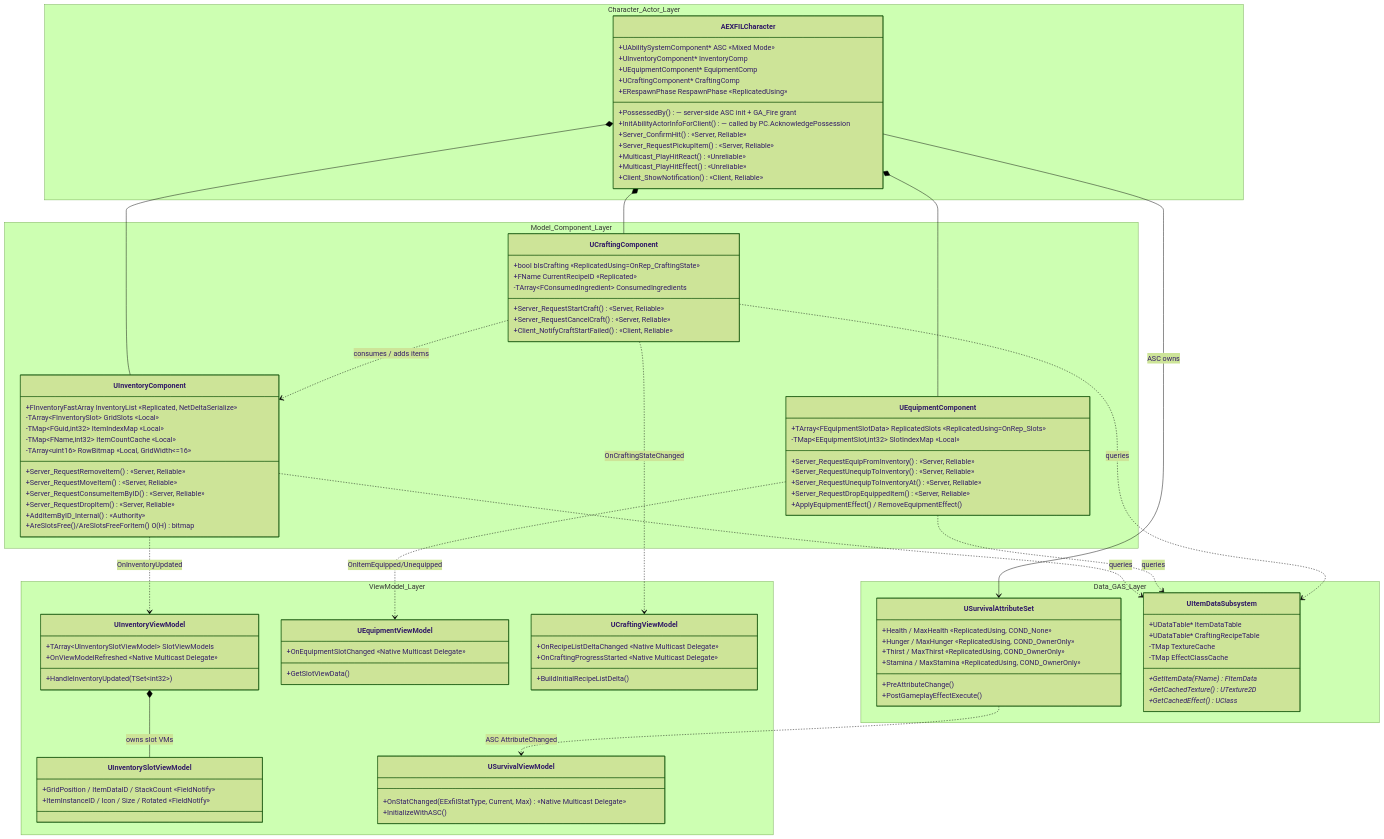
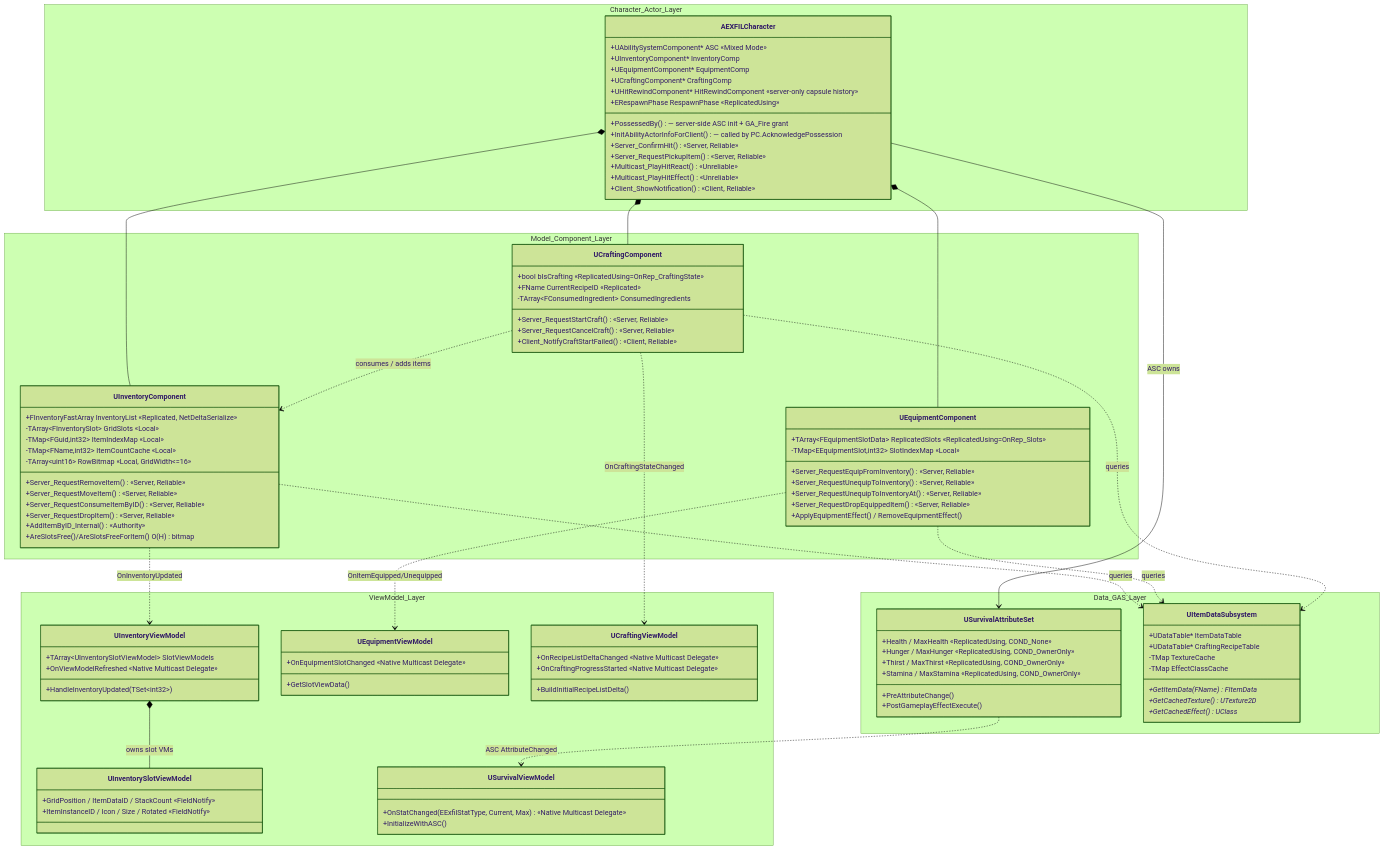
One commit to agnesAqr/project_EXFIL changed the first of 3 diagrams in README.md. Above: the diagram before and after it, drawn with Mermaid (forest theme). The commit also changed other lines of this file and 2 other files, not shown here.

```diff
--- a/README.md
+++ b/README.md
@@ -165,6 +169,7 @@
             +UInventoryComponent* InventoryComp
             +UEquipmentComponent* EquipmentComp
             +UCraftingComponent* CraftingComp
+            +UHitRewindComponent* HitRewindComponent «server-only capsule history»
             +ERespawnPhase RespawnPhase «ReplicatedUsing»
             +PossessedBy() — server-side ASC init + GA_Fire grant
             +InitAbilityActorInfoForClient() — called by PC.AcknowledgePossession
```
